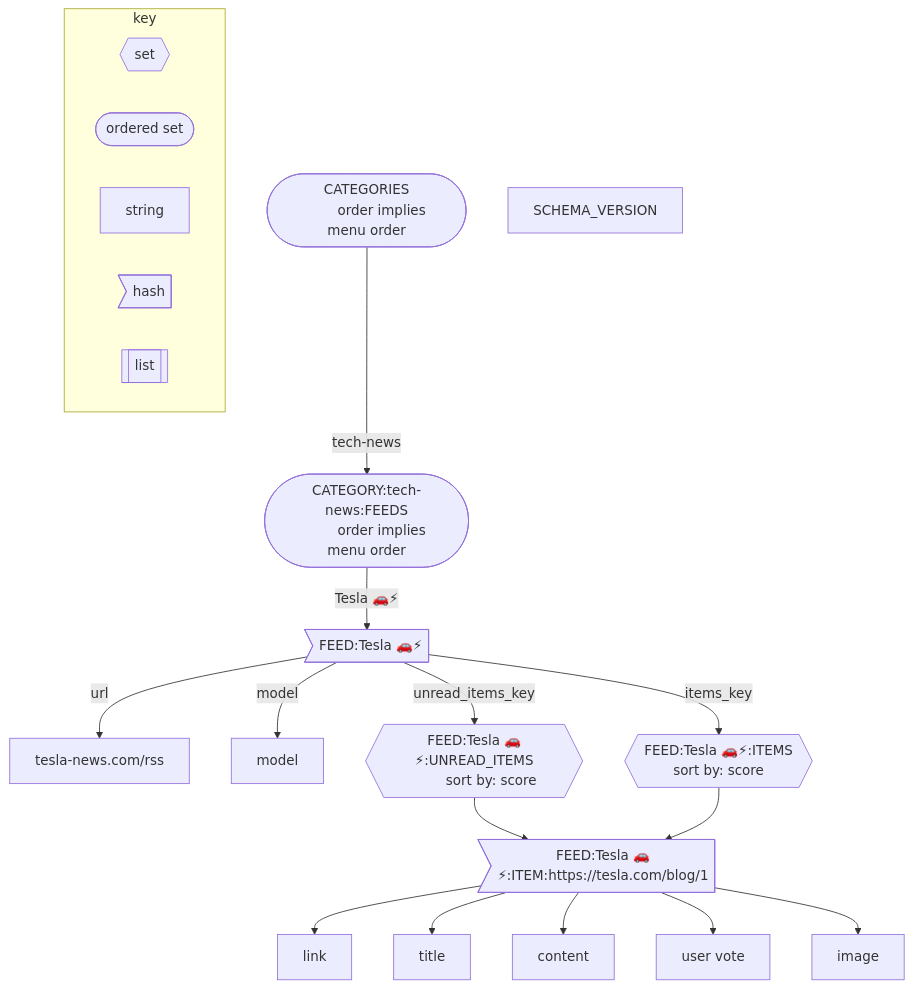
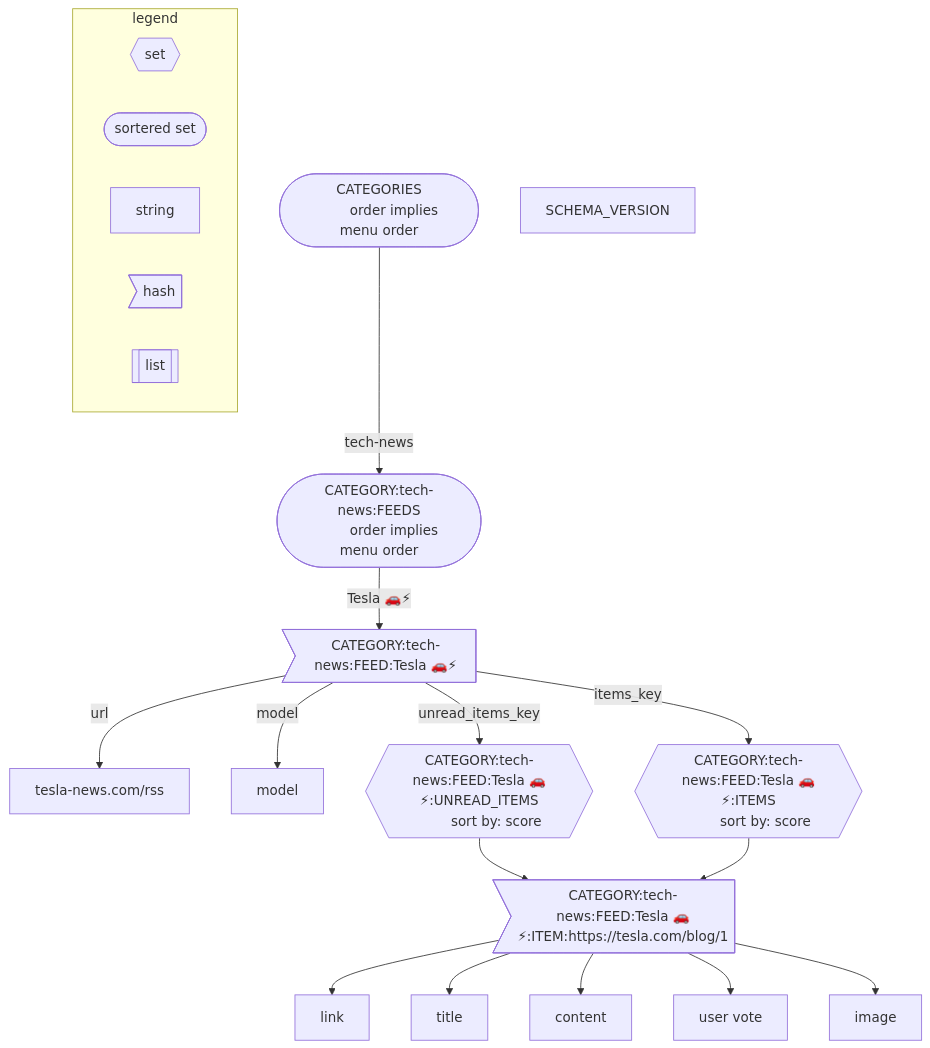
Before and after one commit to mullinmax/aggy: the second of 2 diagrams in README.md, drawn with Mermaid. The commit also changed other lines of this file and 16 other files, not shown here.

````diff
--- a/README.md
+++ b/README.md
@@ -24,58 +74,58 @@
 ```mermaid
 flowchart TD
 
-    subgraph key
+    subgraph legend
         set{{set}}
-        ordered_set([ordered set])
+        ordered_set([sortered set])
         string[string]
         hash>hash]
         list[[list]]
     end
 
     categories(["
         CATEGORIES
         order implies menu order
     "])
     
     schema_version["SCHEMA_VERSION"]
     category_feeds(["
         CATEGORY:tech-news:FEEDS
         order implies menu order
     "])
 
     feed>"
-        FEED:Tesla 🚗⚡
+        CATEGORY:tech-news:FEED:Tesla 🚗⚡
     "]
 
     url[tesla-news.com/rss]
     model[model]
     feed_items{{"
-        FEED:Tesla 🚗⚡:ITEMS
+        CATEGORY:tech-news:FEED:Tesla 🚗⚡:ITEMS
         sort by: score
     "}}
     unread_feed_items{{"
-        FEED:Tesla 🚗⚡:UNREAD_ITEMS
+        CATEGORY:tech-news:FEED:Tesla 🚗⚡:UNREAD_ITEMS
         sort by: score
     "}}
 
     
 
-    item>FEED:Tesla 🚗⚡:ITEM:https://tesla.com/blog/1]
+    item>CATEGORY:tech-news:FEED:Tesla 🚗⚡:ITEM:https://tesla.com/blog/1]
 
     item --> link
     item --> title
     item --> content
     item --> user_vote["user vote"]
     
     item --> image
 
     categories --tech-news--> category_feeds
     category_feeds --Tesla 🚗⚡--> feed
     feed --url--> url
     feed --model--> model
     feed --unread_items_key--> unread_feed_items
     feed --items_key--> feed_items
     unread_feed_items --> item
     feed_items --> item
 
 ```
````
